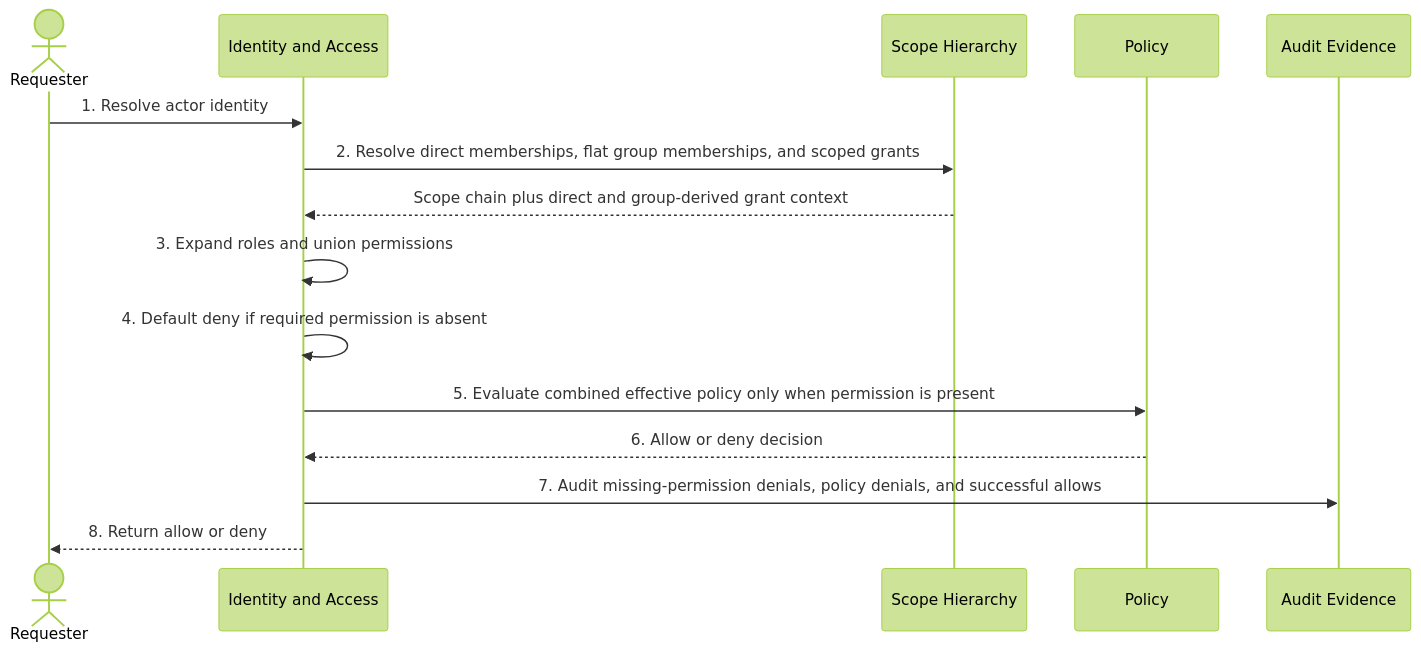
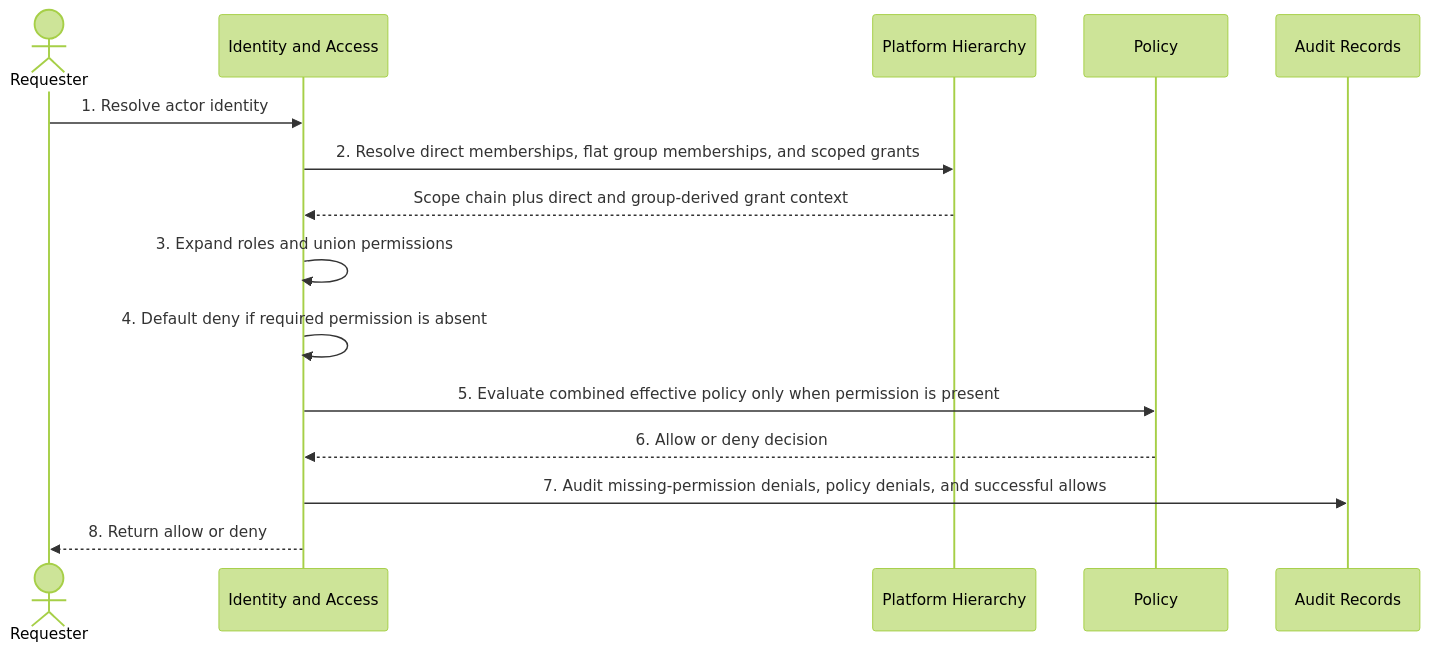
The first of 3 diagrams in documentation/arc42/06_runtime_view.adoc (stefan-karlsson/software-architecture), drawn with Mermaid (forest theme) before and after one commit. The commit also changed other lines of this file and 16 other files, not shown here.

```diff
--- a/documentation/arc42/06_runtime_view.adoc
+++ b/documentation/arc42/06_runtime_view.adoc
@@ -13,19 +13,19 @@
 [mermaid, format=svg]
 ....
 sequenceDiagram
   actor Requester
   participant IAM as Identity and Access
-  participant Scope as Scope Hierarchy
+  participant Scope as Platform Hierarchy
   participant Policy as Policy
-  participant Audit as Audit Evidence
+  participant Audit as Audit Records
 
   Requester->>IAM: 1. Resolve actor identity
   IAM->>Scope: 2. Resolve direct memberships, flat group memberships, and scoped grants
   Scope-->>IAM: Scope chain plus direct and group-derived grant context
   IAM->>IAM: 3. Expand roles and union permissions
   IAM->>IAM: 4. Default deny if required permission is absent
   IAM->>Policy: 5. Evaluate combined effective policy only when permission is present
   Policy-->>IAM: 6. Allow or deny decision
   IAM->>Audit: 7. Audit missing-permission denials, policy denials, and successful allows
   IAM-->>Requester: 8. Return allow or deny
 ....
```
